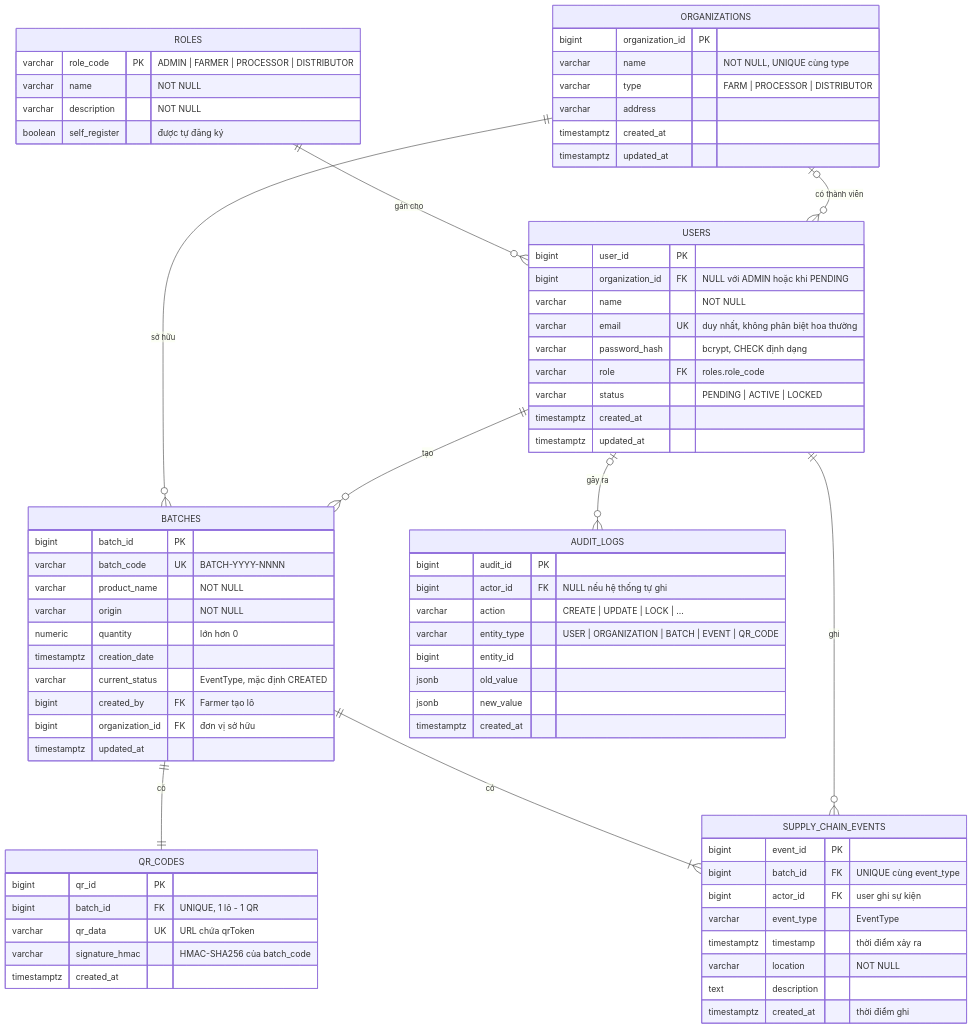
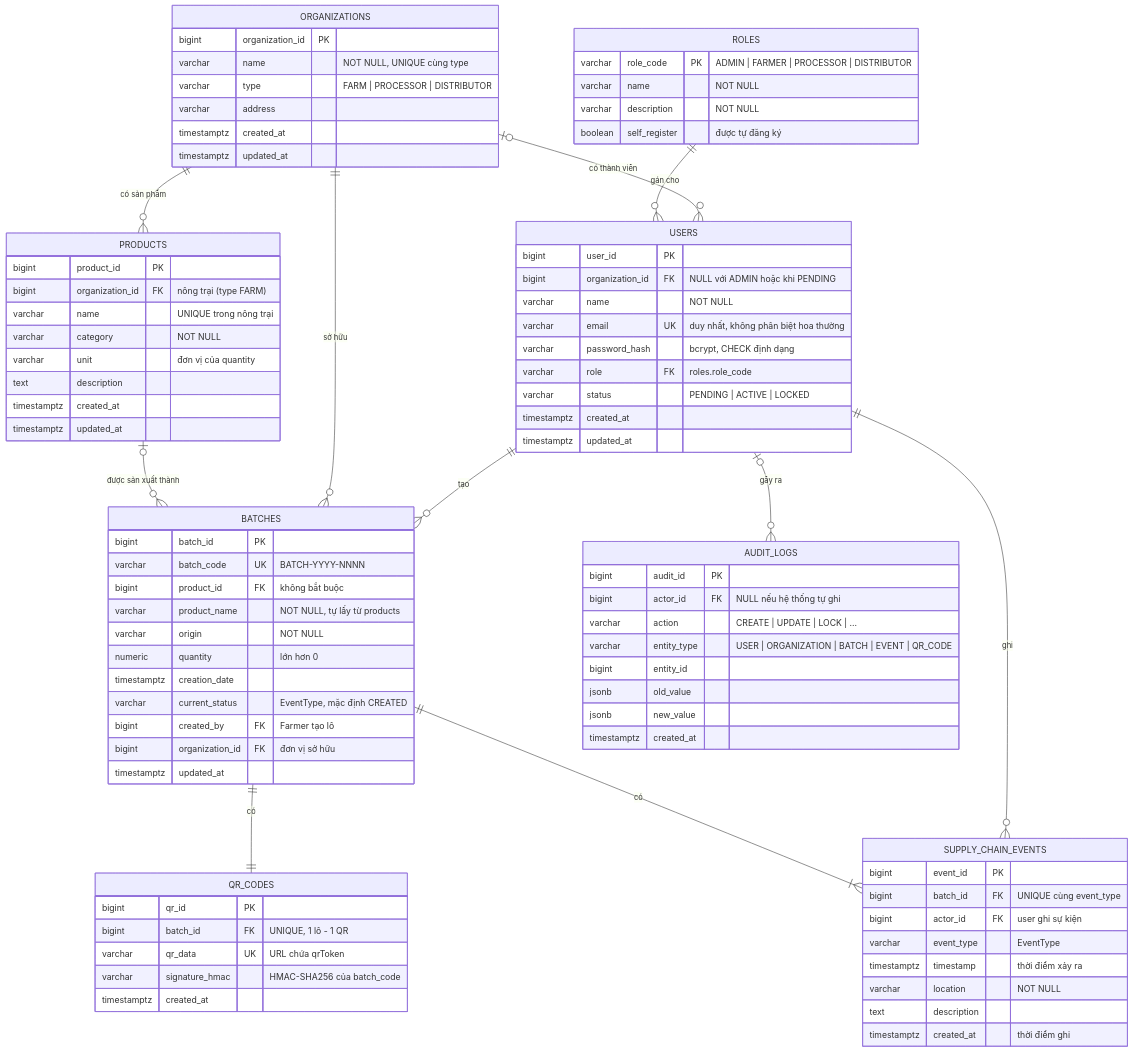
The diagram in docs/ERD/Readme.md (hbao06/food-supply-chain-traceability-portal), drawn with Mermaid before and after one commit. The commit also changed other lines of this file and 9 other files, not shown here.

````diff
--- a/docs/ERD/Readme.md
+++ b/docs/ERD/Readme.md
@@ -14,6 +15,8 @@
 ```mermaid
 erDiagram
     ROLES ||--o{ USERS : "gán cho"
+    ORGANIZATIONS ||--o{ PRODUCTS : "có sản phẩm"
+    PRODUCTS |o--o{ BATCHES : "được sản xuất thành"
     ORGANIZATIONS |o--o{ USERS : "có thành viên"
     ORGANIZATIONS ||--o{ BATCHES : "sở hữu"
     USERS ||--o{ BATCHES : "tạo"
@@ -50,10 +53,22 @@
         timestamptz updated_at
     }
 
+    PRODUCTS {
+        bigint product_id PK
+        bigint organization_id FK "nông trại (type FARM)"
+        varchar name "UNIQUE trong nông trại"
+        varchar category "NOT NULL"
+        varchar unit "đơn vị của quantity"
+        text description
+        timestamptz created_at
+        timestamptz updated_at
+    }
+
     BATCHES {
         bigint batch_id PK
         varchar batch_code UK "BATCH-YYYY-NNNN"
-        varchar product_name "NOT NULL"
+        bigint product_id FK "không bắt buộc"
+        varchar product_name "NOT NULL, tự lấy từ products"
         varchar origin "NOT NULL"
         numeric quantity "lớn hơn 0"
         timestamptz creation_date
````
